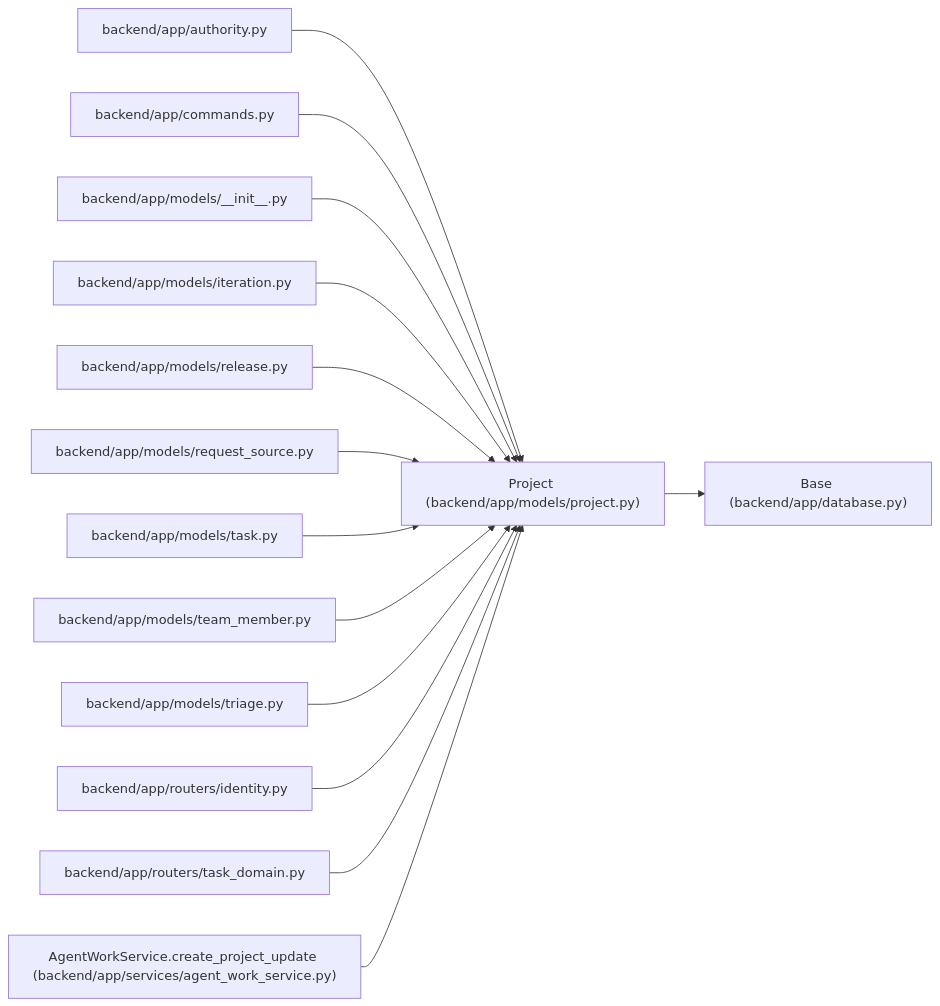
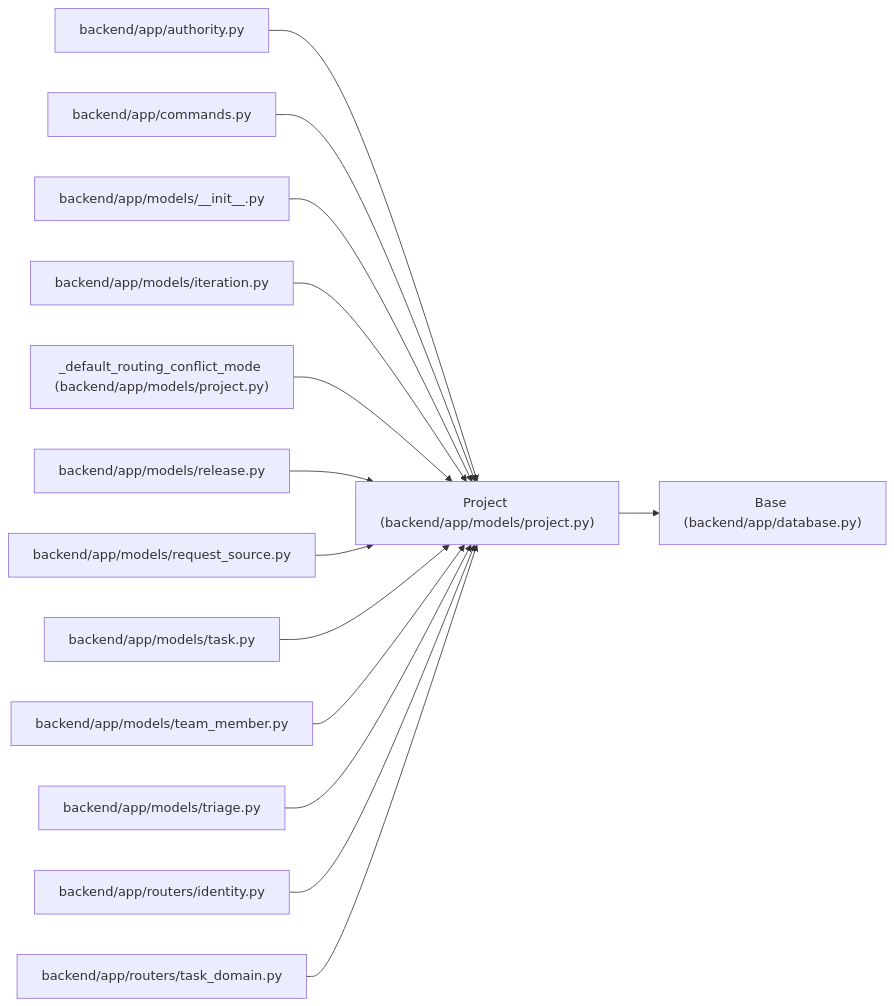
The diagram in docs/llm_wiki/entities/models_project_Project.md (Denissvgn/WorkChord), drawn with Mermaid before and after one commit. The commit also changed other lines of this file and 981 other files, not shown here.

Commit message:
Sync the architectural wiki for structured task routing

````diff
--- a/docs/llm_wiki/entities/models_project_Project.md
+++ b/docs/llm_wiki/entities/models_project_Project.md
@@ -49,44 +50,44 @@
 ```mermaid
 flowchart LR
     n0["Project (backend/app/models/project.py)"]
     n1["Base (backend/app/database.py)"]
     n2["backend/app/authority.py"]
     n3["backend/app/commands.py"]
     n4["backend/app/models/__init__.py"]
     n5["backend/app/models/iteration.py"]
-    n6["backend/app/models/release.py"]
-    n7["backend/app/models/request_source.py"]
-    n8["backend/app/models/task.py"]
-    n9["backend/app/models/team_member.py"]
-    n10["backend/app/models/triage.py"]
-    n11["backend/app/routers/identity.py"]
-    n12["backend/app/routers/task_domain.py"]
-    n13["AgentWorkService.create_project_update (backend/app/services/agent_work_service.py)"]
+    n6["_default_routing_conflict_mode (backend/app/models/project.py)"]
+    n7["backend/app/models/release.py"]
+    n8["backend/app/models/request_source.py"]
+    n9["backend/app/models/task.py"]
+    n10["backend/app/models/team_member.py"]
+    n11["backend/app/models/triage.py"]
+    n12["backend/app/routers/identity.py"]
+    n13["backend/app/routers/task_domain.py"]
     n0 --> n1
     n2 --> n0
     n3 --> n0
     n4 --> n0
     n5 --> n0
     n6 --> n0
     n7 --> n0
     n8 --> n0
     n9 --> n0
     n10 --> n0
     n11 --> n0
     n12 --> n0
     n13 --> n0
     click n0 "../modules/models_project.md"
     click n1 "../modules/app_database.md"
     click n2 "../modules/authority.md"
     click n3 "../modules/commands.md"
     click n4 "../modules/models___init__.md"
     click n5 "../modules/models_iteration.md"
-    click n6 "../modules/models_release.md"
-    click n7 "../modules/models_request_source.md"
-    click n8 "../modules/models_task.md"
-    click n9 "../modules/team_member.md"
-    click n10 "../modules/models_triage.md"
-    click n11 "../modules/routers_identity.md"
-    click n12 "../modules/routers_task_domain.md"
-    click n13 "../modules/agent_work_service.md"
+    click n6 "../modules/models_project.md"
+    click n7 "../modules/models_release.md"
+    click n8 "../modules/models_request_source.md"
+    click n9 "../modules/models_task.md"
+    click n10 "../modules/team_member.md"
+    click n11 "../modules/models_triage.md"
+    click n12 "../modules/routers_identity.md"
+    click n13 "../modules/routers_task_domain.md"
 ```
````
